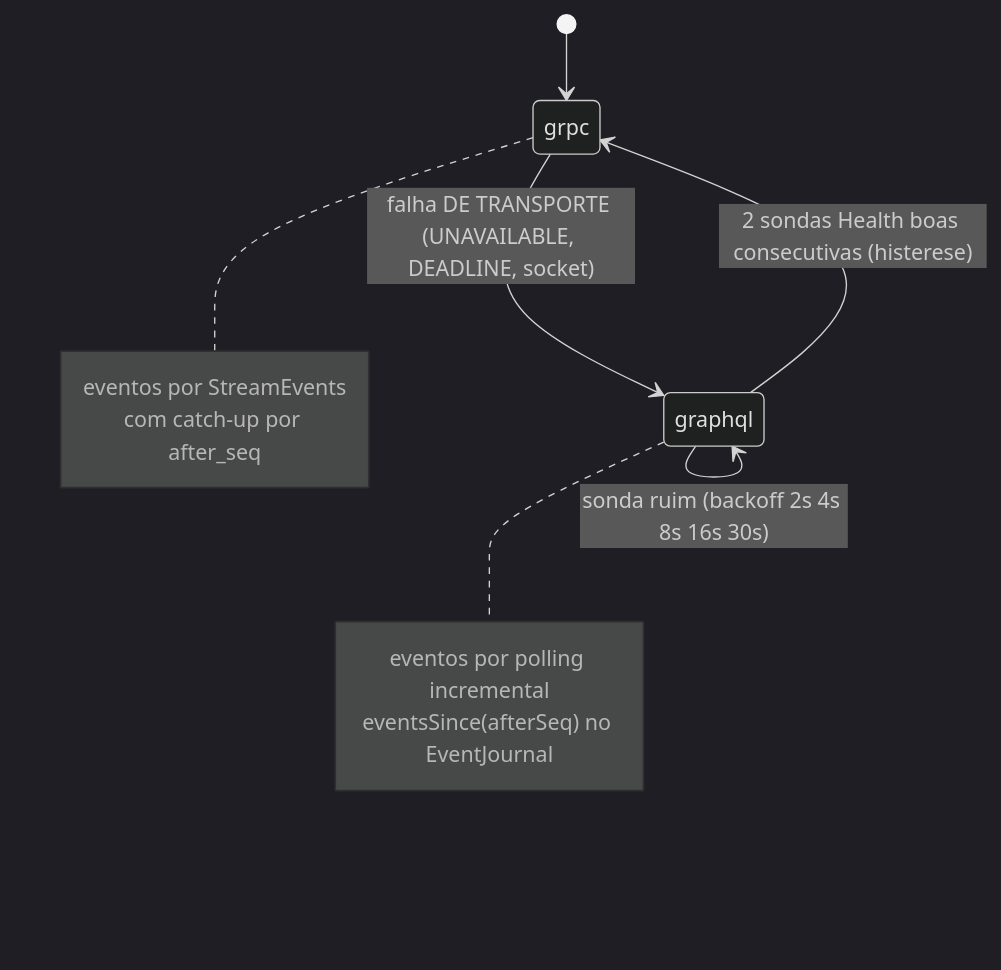
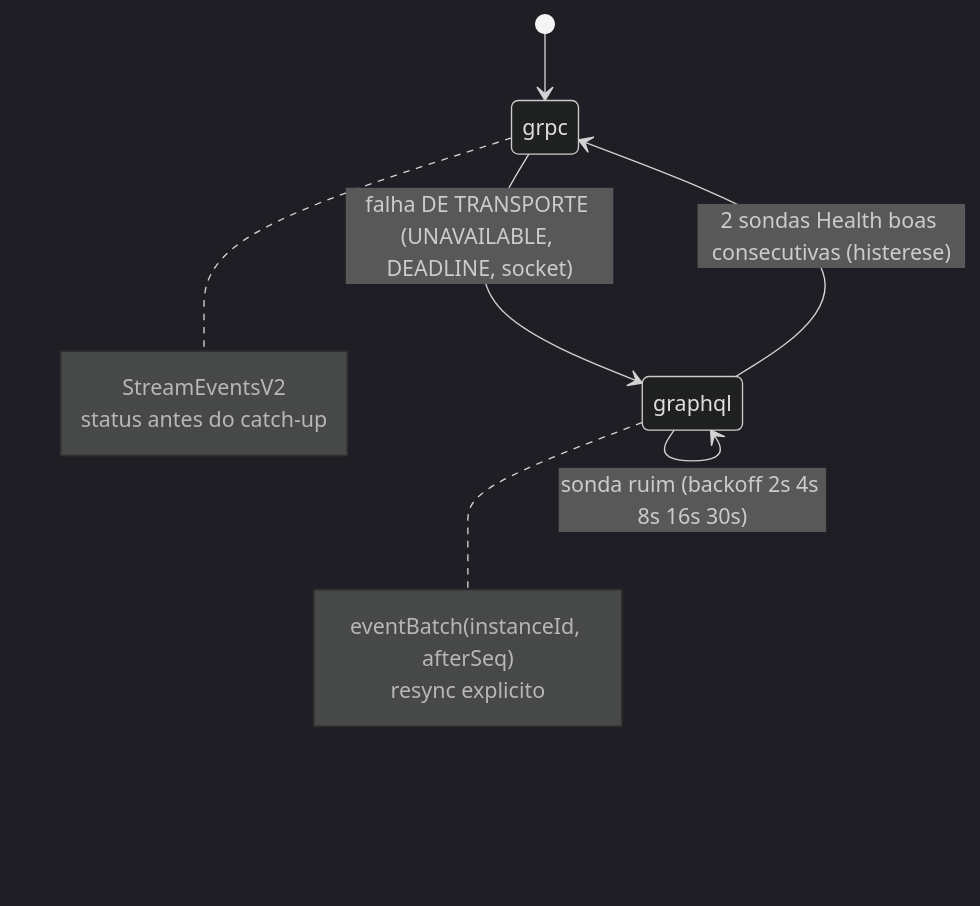
One commit to flaviotinococoutinho/Gridsmith changed the sixth of 6 diagrams in docs/ARCHITECTURE.md. Above: the diagram before and after it, drawn with Mermaid (dark theme). The commit also changed other lines of this file and 50 other files, not shown here.

````diff
--- a/docs/ARCHITECTURE.md
+++ b/docs/ARCHITECTURE.md
@@ -206,15 +206,15 @@
 ```mermaid
 stateDiagram-v2
   [*] --> grpc
   grpc --> graphql : falha DE TRANSPORTE (UNAVAILABLE, DEADLINE, socket)
   graphql --> graphql : sonda ruim (backoff 2s 4s 8s 16s 30s)
   graphql --> grpc : 2 sondas Health boas consecutivas (histerese)
   note right of graphql
-    eventos por polling incremental
-    eventsSince(afterSeq) no EventJournal
+    eventBatch(instanceId, afterSeq)
+    resync explicito
   end note
   note right of grpc
-    eventos por StreamEvents
-    com catch-up por after_seq
+    StreamEventsV2
+    status antes do catch-up
   end note
 ```
````
